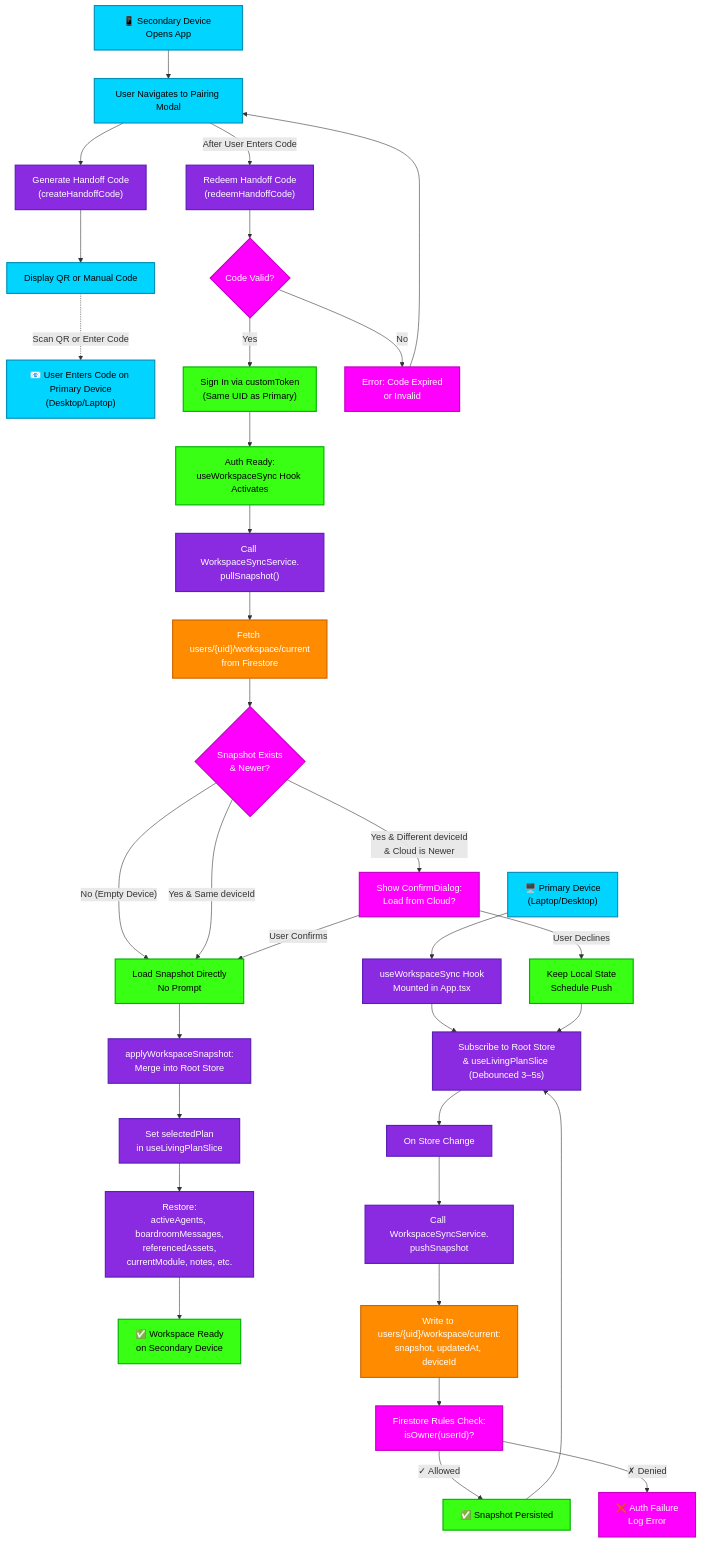
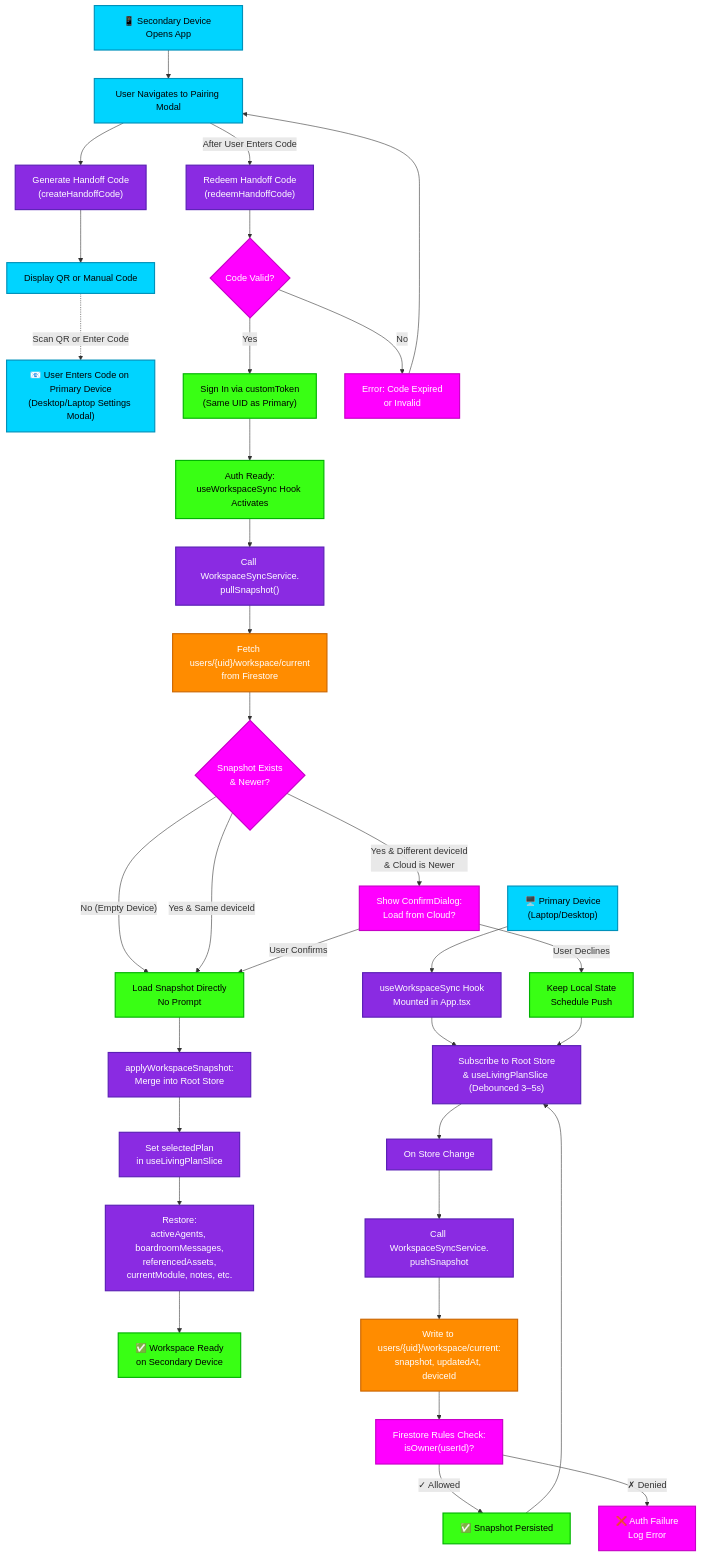
Before and after one commit to indii-music-founder/indii-music-founder: the diagram in docs/flowcharts/workspace-sync-resume-handoff.md, drawn with Mermaid. The commit also changed other lines of this file and 40 other files, not shown here.

````diff
--- a/docs/flowcharts/workspace-sync-resume-handoff.md
+++ b/docs/flowcharts/workspace-sync-resume-handoff.md
@@ -18,80 +18,80 @@
 ```mermaid
 graph TD
     %% Entry
     A["📱 Secondary Device Opens App"] --> B["User Navigates to Pairing Modal"]
     B --> C["Generate Handoff Code<br/>(createHandoffCode)"]
     C --> D["Display QR or Manual Code"]
     
     %% Primary Device (Laptop/Desktop)
-    D -.->|"Scan QR or Enter Code"| E["📧 User Enters Code on Primary Device<br/>(Desktop/Laptop)"]
+    D -.->|"Scan QR or Enter Code"| E["📧 User Enters Code on Primary Device<br/>(Desktop/Laptop Settings Modal)"]
     
     %% Code Redemption (Secondary Device resumes)
     B -->|"After User Enters Code"| F["Redeem Handoff Code<br/>(redeemHandoffCode)"]
     F --> G{"Code Valid?"}
     G -->|"Yes"| H["Sign In via customToken<br/>(Same UID as Primary)"]
     G -->|"No"| I["Error: Code Expired<br/>or Invalid"]
     I --> B
     
     H --> J["Auth Ready:<br/>useWorkspaceSync Hook Activates"]
     
     %% Pull / Rehydrate
     J --> K["Call WorkspaceSyncService.<br/>pullSnapshot()"]
     K --> L["Fetch users/{uid}/workspace/current<br/>from Firestore"]
     L --> M{"Snapshot Exists<br/>& Newer?"}
     
     M -->|"No (Empty Device)"| N["Load Snapshot Directly<br/>No Prompt"]
     M -->|"Yes & Same deviceId"| N
     M -->|"Yes & Different deviceId<br/>& Cloud is Newer"| O["Show ConfirmDialog:<br/>Load from Cloud?"]
     O -->|"User Confirms"| N
     O -->|"User Declines"| P["Keep Local State<br/>Schedule Push"]
     
     N --> Q["applyWorkspaceSnapshot:<br/>Merge into Root Store"]
     Q --> R["Set selectedPlan<br/>in useLivingPlanSlice"]
     R --> S["Restore:<br/>activeAgents, boardroomMessages,<br/>referencedAssets,<br/>currentModule, notes, etc."]
     S --> T["✅ Workspace Ready<br/>on Secondary Device"]
     
     %% Background Push (Laptop/Primary)
     U["🖥️ Primary Device<br/>(Laptop/Desktop)"] --> V["useWorkspaceSync Hook<br/>Mounted in App.tsx"]
     V --> W["Subscribe to Root Store<br/>& useLivingPlanSlice (Debounced 3–5s)"]
     W --> X["On Store Change"]
     X --> Y["Call WorkspaceSyncService.<br/>pushSnapshot"]
     Y --> Z["Write to users/{uid}/workspace/current:<br/>snapshot, updatedAt, deviceId"]
     Z --> AA["Firestore Rules Check:<br/>isOwner(userId)?"]
     AA -->|"✓ Allowed"| AB["✅ Snapshot Persisted"]
     AA -->|"✗ Denied"| AC["❌ Auth Failure<br/>Log Error"]
     
     AB --> W
     
     P --> W
     
     %% Styling
     style A fill:#00d4ff,stroke:#0091ba,stroke-width:2px,color:#000
     style B fill:#00d4ff,stroke:#0091ba,stroke-width:2px,color:#000
     style C fill:#8a2be2,stroke:#5a1fb5,stroke-width:2px,color:#fff
     style D fill:#00d4ff,stroke:#0091ba,stroke-width:2px,color:#000
     style E fill:#00d4ff,stroke:#0091ba,stroke-width:2px,color:#000
     style F fill:#8a2be2,stroke:#5a1fb5,stroke-width:2px,color:#fff
     style G fill:#ff00ff,stroke:#c700c7,stroke-width:2px,color:#fff
     style H fill:#39ff14,stroke:#00b300,stroke-width:2px,color:#000
     style I fill:#ff00ff,stroke:#c700c7,stroke-width:2px,color:#fff
     style J fill:#39ff14,stroke:#00b300,stroke-width:2px,color:#000
     style K fill:#8a2be2,stroke:#5a1fb5,stroke-width:2px,color:#fff
     style L fill:#ff8c00,stroke:#cc6600,stroke-width:2px,color:#fff
     style M fill:#ff00ff,stroke:#c700c7,stroke-width:2px,color:#fff
     style N fill:#39ff14,stroke:#00b300,stroke-width:2px,color:#000
     style O fill:#ff00ff,stroke:#c700c7,stroke-width:2px,color:#fff
     style P fill:#39ff14,stroke:#00b300,stroke-width:2px,color:#000
     style Q fill:#8a2be2,stroke:#5a1fb5,stroke-width:2px,color:#fff
     style R fill:#8a2be2,stroke:#5a1fb5,stroke-width:2px,color:#fff
     style S fill:#8a2be2,stroke:#5a1fb5,stroke-width:2px,color:#fff
     style T fill:#39ff14,stroke:#00b300,stroke-width:2px,color:#000
     style U fill:#00d4ff,stroke:#0091ba,stroke-width:2px,color:#000
     style V fill:#8a2be2,stroke:#5a1fb5,stroke-width:2px,color:#fff
     style W fill:#8a2be2,stroke:#5a1fb5,stroke-width:2px,color:#fff
     style X fill:#8a2be2,stroke:#5a1fb5,stroke-width:2px,color:#fff
     style Y fill:#8a2be2,stroke:#5a1fb5,stroke-width:2px,color:#fff
     style Z fill:#ff8c00,stroke:#cc6600,stroke-width:2px,color:#fff
     style AA fill:#ff00ff,stroke:#c700c7,stroke-width:2px,color:#fff
     style AB fill:#39ff14,stroke:#00b300,stroke-width:2px,color:#000
     style AC fill:#ff00ff,stroke:#c700c7,stroke-width:2px,color:#fff
 ```
````
